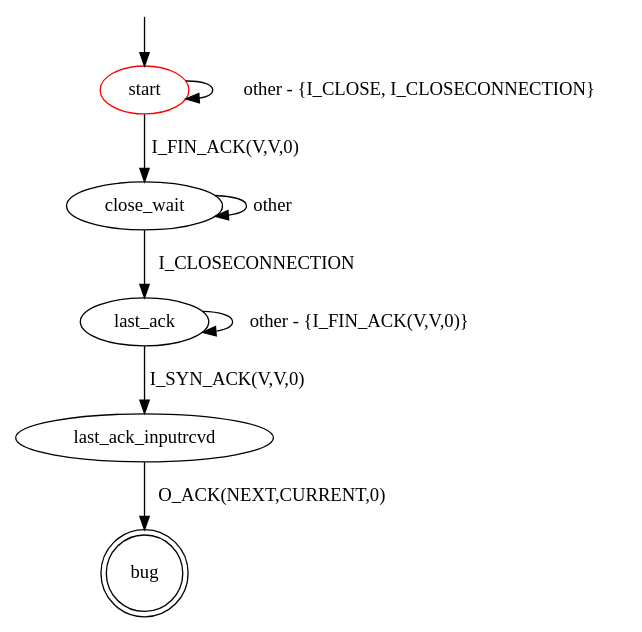
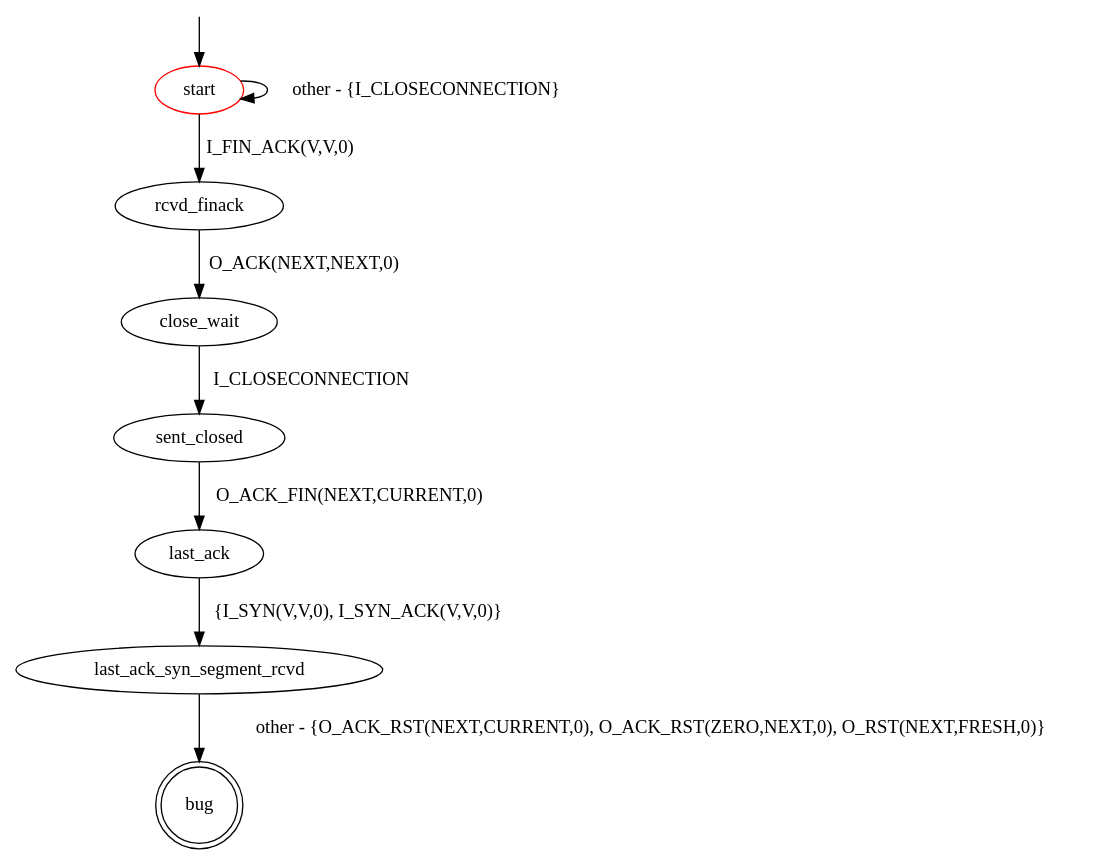
One commit to assist-project/state-machine-bug-finder changed the diagram in src/main/resources/patterns/tcp/server/invalid_response_to_synack_last_ack.dot. Above: the diagram before and after it, drawn with Graphviz. The commit also changed 19 other files, not shown here.

```diff
--- a/src/main/resources/patterns/tcp/server/invalid_response_to_synack_last_ack.dot
+++ b/src/main/resources/patterns/tcp/server/invalid_response_to_synack_last_ack.dot
@@ -1,16 +1,22 @@
 digraph G {
 label=""
 start [color="red"]
 bug [shape="doublecircle"]
 
-start -> start [label="other - {I_CLOSE, I_CLOSECONNECTION}"]
-start -> close_wait [label="I_FIN_ACK(V,V,0)"]
-close_wait -> close_wait [label="other"]
-close_wait -> last_ack [label="I_CLOSECONNECTION"]
-last_ack -> last_ack [label="other - {I_FIN_ACK(V,V,0)}"]
-last_ack -> last_ack_inputrcvd [label="I_SYN_ACK(V,V,0)"]
-last_ack_inputrcvd -> bug [label="O_ACK(NEXT,CURRENT,0)"]
+start -> start [label="other - {I_CLOSECONNECTION}"]
+
+start -> rcvd_finack [label="I_FIN_ACK(V,V,0)"]
+
+rcvd_finack -> close_wait [label="O_ACK(NEXT,NEXT,0)"]
+
+close_wait -> sent_closed [label="I_CLOSECONNECTION"]
+
+sent_closed -> last_ack [label="O_ACK_FIN(NEXT,CURRENT,0)"]
+
+last_ack -> last_ack_syn_segment_rcvd [label="{I_SYN(V,V,0), I_SYN_ACK(V,V,0)}"]
+
+last_ack_syn_segment_rcvd -> bug [label="other - {O_ACK_RST(NEXT,CURRENT,0), O_ACK_RST(ZERO,NEXT,0), O_RST(NEXT,FRESH,0)}"]
 
 __start0 [label="" shape="none" width="0" height="0"];
 __start0 -> start;
 }
```
